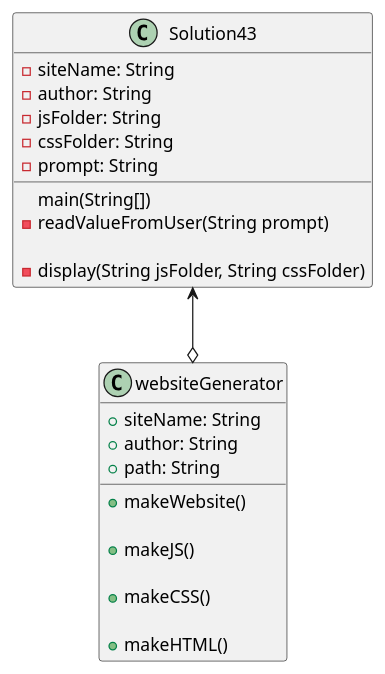
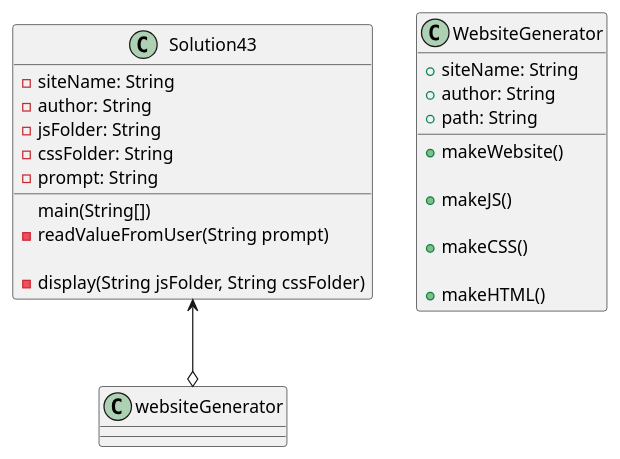
One commit to cachemoney-3000/samontanez-a04 changed the diagram in exercise43/docs/Solution43_ClassDiagram.puml. Above: the diagram before and after it, drawn with PlantUML. The commit also changed 33 other files, not shown here.

```diff
--- a/exercise43/docs/Solution43_ClassDiagram.puml
+++ b/exercise43/docs/Solution43_ClassDiagram.puml
@@ -1,74 +1,74 @@
 @startuml
 class Solution43 {
     main(String[])
     'attributes
     -siteName: String
     -author: String
     -jsFolder: String
     -cssFolder: String
     -prompt: String
 
     'Solution43 sol43 = new Solution43();
     'websiteGenerator newWebsite = new websiteGenerator();
 
     'prompt user for a site name
     'sol43.readValueFromUser(prompt) = siteName
 
     'prompt user for author
     'sol43.readValueFromUser(prompt) = author
 
     'prompt user if they want js folder
     'sol43.readValueFromUser(prompt) = jsFolder
 
     'prompt user if they want css folder
     'sol43.readValueFromUser(prompt) = cssFolder
 
     'newWebsite.makeWebsite = siteName
     'newWebsite.author = author
     'newWebsite.path = desired path to store folders
 
     'sol43.display(jsFolder, cssFolder)
 
     -readValueFromUser(String prompt)
     'prints the prompt
     'return the scanner input
 
     -display(String jsFolder, String cssFolder)
     'print the website directory
     'print the HTML directory
     'if jsFolder = 'y'
         'print the jsFolder directory
     'if cssFolder = 'y'
         'print the cssFolder directory
 }
 
-class websiteGenerator{
+class WebsiteGenerator{
     'attributes
     +siteName: String
     +author: String
     +path: String
 
     +makeWebsite()
     'String directory = path + siteName
     'create a directory with the html file inside
     'returns the directory
 
     +makeJS()
     'String directory = path + siteName + "/js"
-    'create a directory with the html file inside
+    'create a js folder
     'returns the directory
 
     +makeCSS()
     'String directory = path + siteName + '/css'
-    'create a directory with the html file inside
+    'create a css folder
     'returns the directory
 
     +makeHTML()
     'String directory = path + siteName
     'String HTML = some code to put for HTML
     'create a directory with the html file inside
     'returns the directory, or it returns an exception error message
 }
 
 Solution43 <--o websiteGenerator
 @enduml
```
